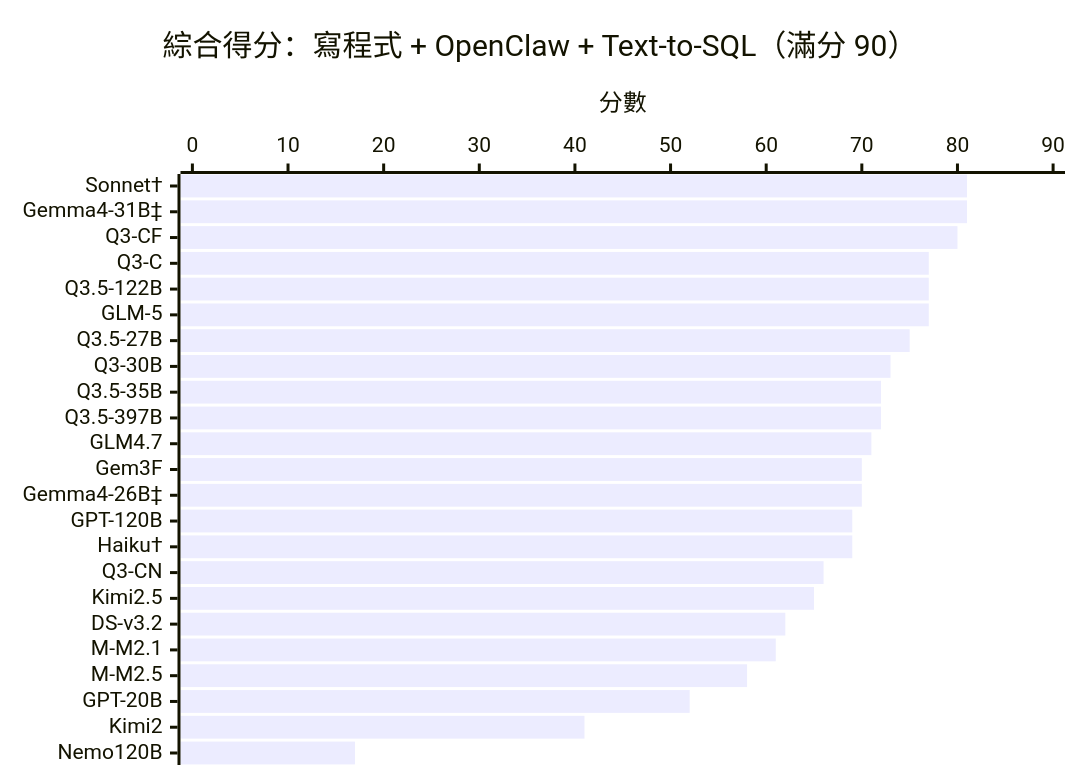
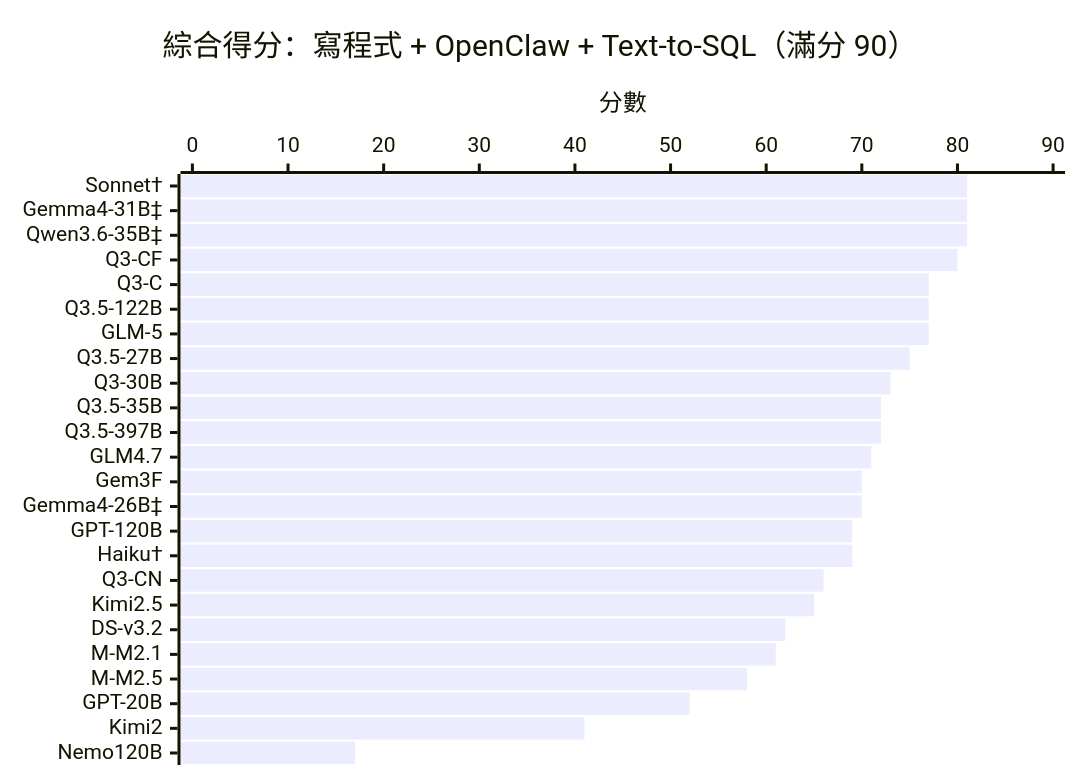
One commit to ywchiu/local_agentic_llm changed the first of 2 diagrams in README_zh.md. Above: the diagram before and after it, drawn with Mermaid. The commit also changed other lines of this file and 4 other files, not shown here.

````diff
--- a/README_zh.md
+++ b/README_zh.md
@@ -18,7 +18,7 @@
 ```mermaid
 xychart-beta horizontal
     title "綜合得分：寫程式 + OpenClaw + Text-to-SQL（滿分 90）"
-    x-axis ["Sonnet†", "Gemma4-31B‡", "Q3-CF", "Q3-C", "Q3.5-122B", "GLM-5", "Q3.5-27B", "Q3-30B", "Q3.5-35B", "Q3.5-397B", "GLM4.7", "Gem3F", "Gemma4-26B‡", "GPT-120B", "Haiku†", "Q3-CN", "Kimi2.5", "DS-v3.2", "M-M2.1", "M-M2.5", "GPT-20B", "Kimi2", "Nemo120B"]
+    x-axis ["Sonnet†", "Gemma4-31B‡", "Qwen3.6-35B‡", "Q3-CF", "Q3-C", "Q3.5-122B", "GLM-5", "Q3.5-27B", "Q3-30B", "Q3.5-35B", "Q3.5-397B", "GLM4.7", "Gem3F", "Gemma4-26B‡", "GPT-120B", "Haiku†", "Q3-CN", "Kimi2.5", "DS-v3.2", "M-M2.1", "M-M2.5", "GPT-20B", "Kimi2", "Nemo120B"]
     y-axis "分數" 0 --> 90
-    bar [81, 81, 80, 77, 77, 77, 75, 73, 72, 72, 71, 70, 70, 69, 69, 66, 65, 62, 61, 58, 52, 41, 17]
+    bar [81, 81, 81, 80, 77, 77, 77, 75, 73, 72, 72, 71, 70, 70, 69, 69, 66, 65, 62, 61, 58, 52, 41, 17]
 ```
````
